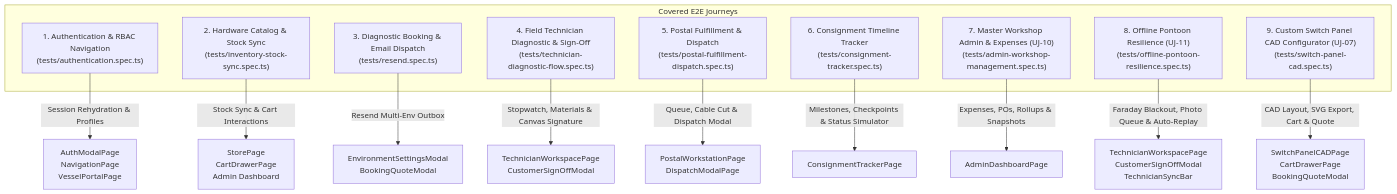
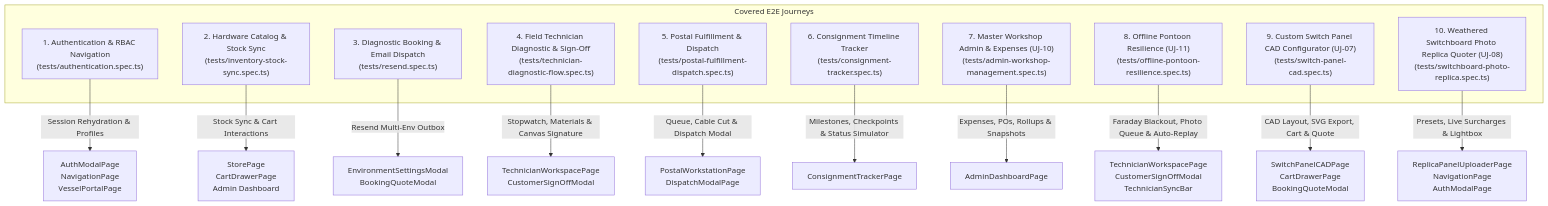
The first of 2 diagrams in docs/E2E_USER_JOURNEYS.md (AnthonyWrather/ajwmes), drawn with Mermaid before and after one commit. The commit also changed other lines of this file and 11 other files, not shown here.

First line of the commit message:
feat(replica): implement Weathered Switchboard Photo Replica Quoter (UJ-08)

````diff
--- a/docs/E2E_USER_JOURNEYS.md
+++ b/docs/E2E_USER_JOURNEYS.md
@@ -27,24 +27,26 @@
 ```mermaid
 graph TD
     subgraph ExistingJourneys["Covered E2E Journeys"]
         J1["1. Authentication & RBAC Navigation\n(tests/authentication.spec.ts)"]
         J2["2. Hardware Catalog & Stock Sync\n(tests/inventory-stock-sync.spec.ts)"]
         J3["3. Diagnostic Booking & Email Dispatch\n(tests/resend.spec.ts)"]
         J4["4. Field Technician Diagnostic & Sign-Off\n(tests/technician-diagnostic-flow.spec.ts)"]
         J5["5. Postal Fulfillment & Dispatch\n(tests/postal-fulfillment-dispatch.spec.ts)"]
         J6["6. Consignment Timeline Tracker\n(tests/consignment-tracker.spec.ts)"]
         J7["7. Master Workshop Admin & Expenses (UJ-10)\n(tests/admin-workshop-management.spec.ts)"]
         J8["8. Offline Pontoon Resilience (UJ-11)\n(tests/offline-pontoon-resilience.spec.ts)"]
         J9["9. Custom Switch Panel CAD Configurator (UJ-07)\n(tests/switch-panel-cad.spec.ts)"]
+        J10["10. Weathered Switchboard Photo Replica Quoter (UJ-08)\n(tests/switchboard-photo-replica.spec.ts)"]
     end
 
     J1 -->|"Session Rehydration & Profiles"| POM1["AuthModalPage\nNavigationPage\nVesselPortalPage"]
     J2 -->|"Stock Sync & Cart Interactions"| POM2["StorePage\nCartDrawerPage\nAdmin Dashboard"]
     J3 -->|"Resend Multi-Env Outbox"| POM3["EnvironmentSettingsModal\nBookingQuoteModal"]
     J4 -->|"Stopwatch, Materials & Canvas Signature"| POM4["TechnicianWorkspacePage\nCustomerSignOffModal"]
     J5 -->|"Queue, Cable Cut & Dispatch Modal"| POM5["PostalWorkstationPage\nDispatchModalPage"]
     J6 -->|"Milestones, Checkpoints & Status Simulator"| POM6["ConsignmentTrackerPage"]
     J7 -->|"Expenses, POs, Rollups & Snapshots"| POM7["AdminDashboardPage"]
     J8 -->|"Faraday Blackout, Photo Queue & Auto-Replay"| POM8["TechnicianWorkspacePage\nCustomerSignOffModal\nTechnicianSyncBar"]
     J9 -->|"CAD Layout, SVG Export, Cart & Quote"| POM9["SwitchPanelCADPage\nCartDrawerPage\nBookingQuoteModal"]
+    J10 -->|"Presets, Live Surcharges & Lightbox"| POM10["ReplicaPanelUploaderPage\nNavigationPage\nAuthModalPage"]
 ```
````
